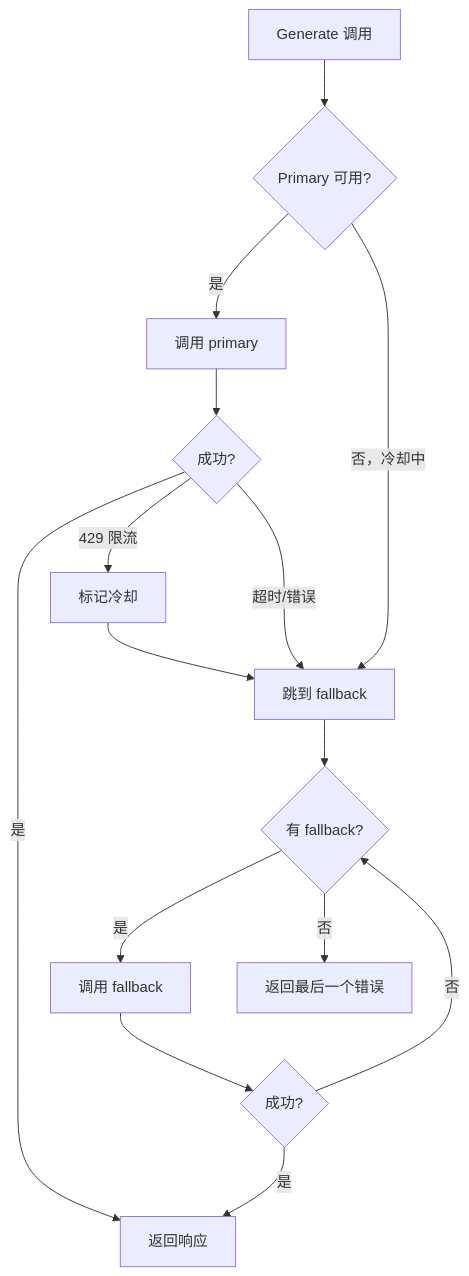
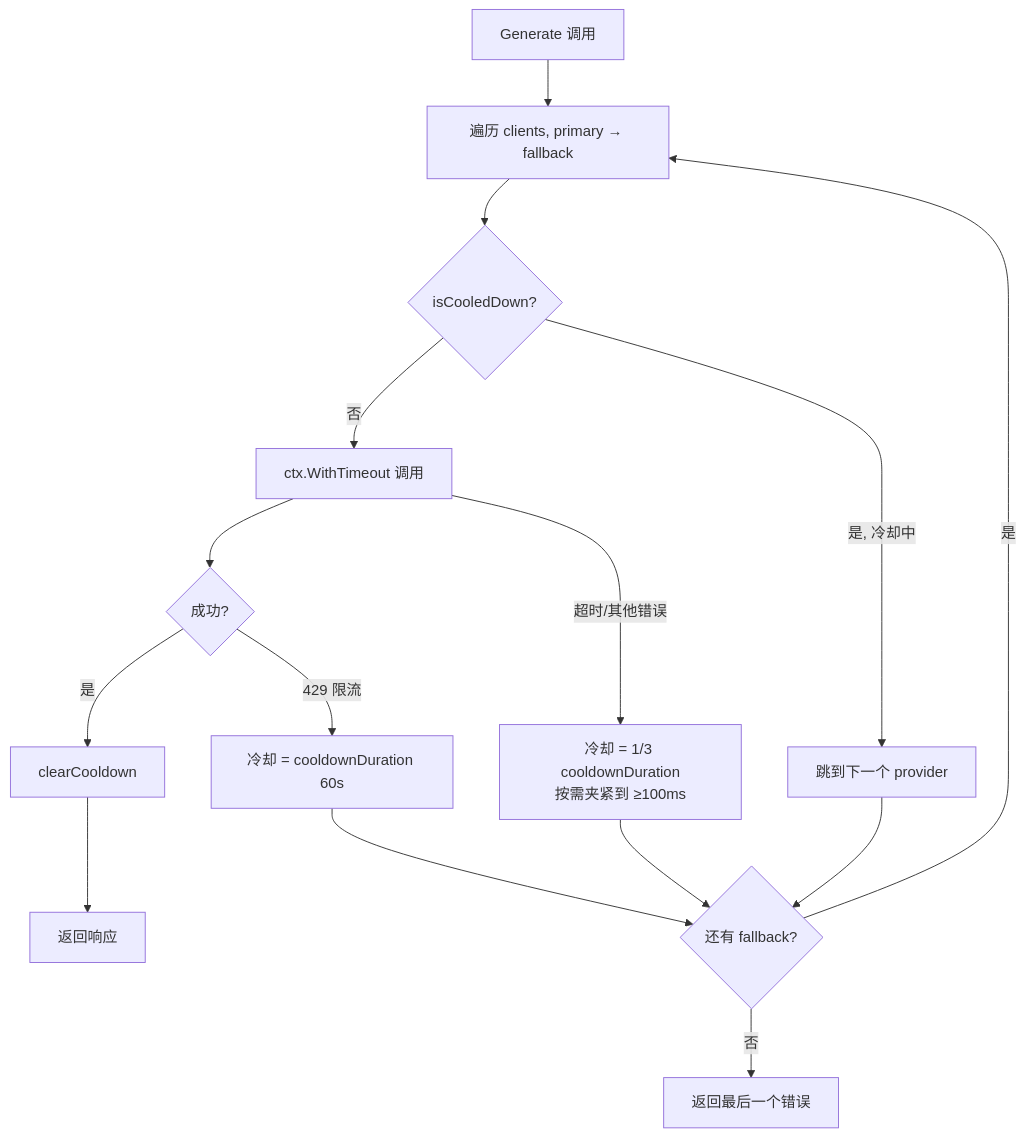
The first of 3 diagrams in docs/articles/zh/20-llm-client-layer.md (Timwood0x10/ARES), drawn with Mermaid before and after one commit. The commit also changed other lines of this file and 2423 other files, not shown here.

````diff
--- a/docs/articles/zh/20-llm-client-layer.md
+++ b/docs/articles/zh/20-llm-client-layer.md
@@ -38,17 +72,14 @@
 ```mermaid
 flowchart TD
-    R[Generate 调用] --> P{Primary 可用?}
-    P -->|是| PC[调用 primary]
-    P -->|否，冷却中| F[跳到 fallback]
-    PC --> S{成功?}
-    S -->|是| RET[返回响应]
-    S -->|429 限流| CD[标记冷却]
-    CD --> F
-    S -->|超时/错误| F
-    F --> FA{有 fallback?}
-    FA -->|是| FC[调用 fallback]
-    FC --> S2{成功?}
-    S2 -->|是| RET
-    S2 -->|否| FA
-    FA -->|否| ERR[返回最后一个错误]
+    R[Generate 调用] --> L[遍历 clients, primary → fallback]
+    L --> C{isCooledDown?}
+    C -->|是, 冷却中| SKIP[跳到下一个 provider]
+    C -->|否| CALL[ctx.WithTimeout 调用]
+    CALL --> OK{成功?}
+    OK -->|是| CLR[clearCooldown] --> RET[返回响应]
+    OK -->|429 限流| CD1[冷却 = cooldownDuration 60s] --> NEXT
+    CALL -->|超时/其他错误| CD2[冷却 = 1/3 cooldownDuration<br/>按需夹紧到 ≥100ms] --> NEXT
+    SKIP --> NEXT
+    NEXT{还有 fallback?} -->|是| L
+    NEXT -->|否| ERR[返回最后一个错误]
 ```
````
